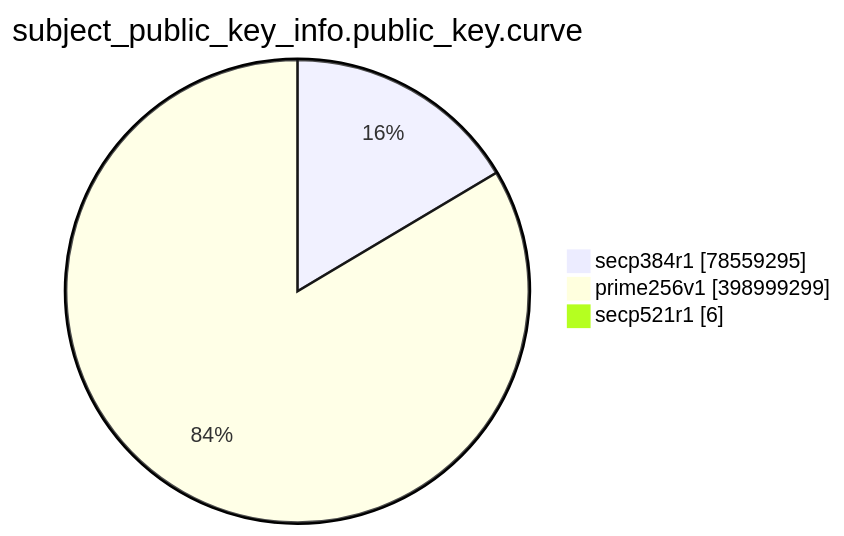
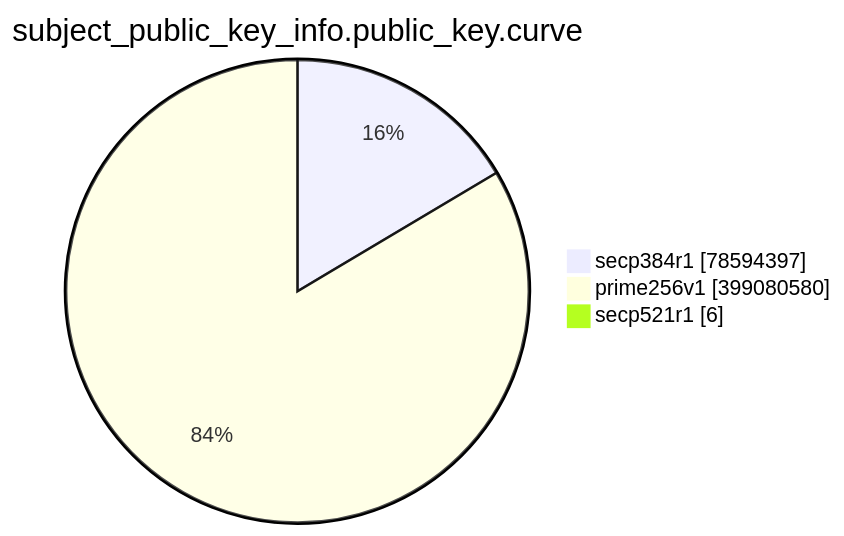
The eighth of 15 diagrams in TOTAL/README.md (christiankrug/ctmonitor_visualization), drawn with Mermaid before and after one commit. The commit also changed other lines of this file, not shown here.

````diff
--- a/TOTAL/README.md
+++ b/TOTAL/README.md
@@ -3095,7 +3095,7 @@
 ```mermaid
 pie showData
 title subject_public_key_info.public_key.curve
-"secp384r1" :78559295
-"prime256v1" :398999299
+"secp384r1" :78594397
+"prime256v1" :399080580
 "secp521r1" :6
 ```
````
